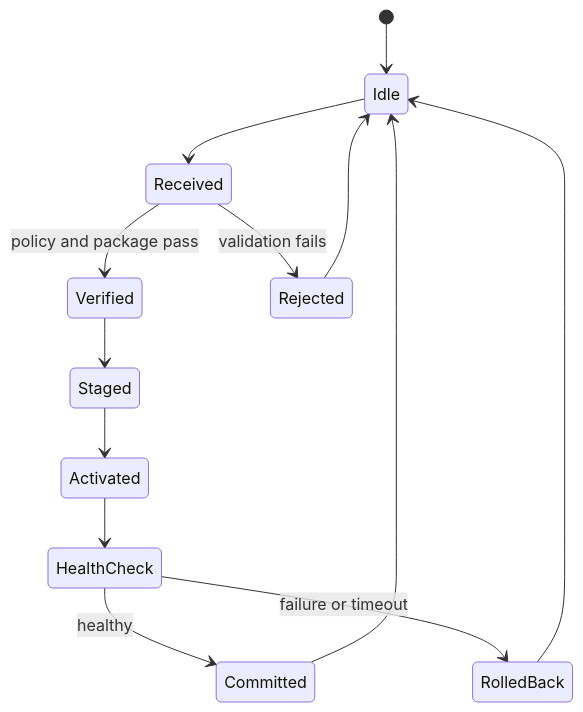
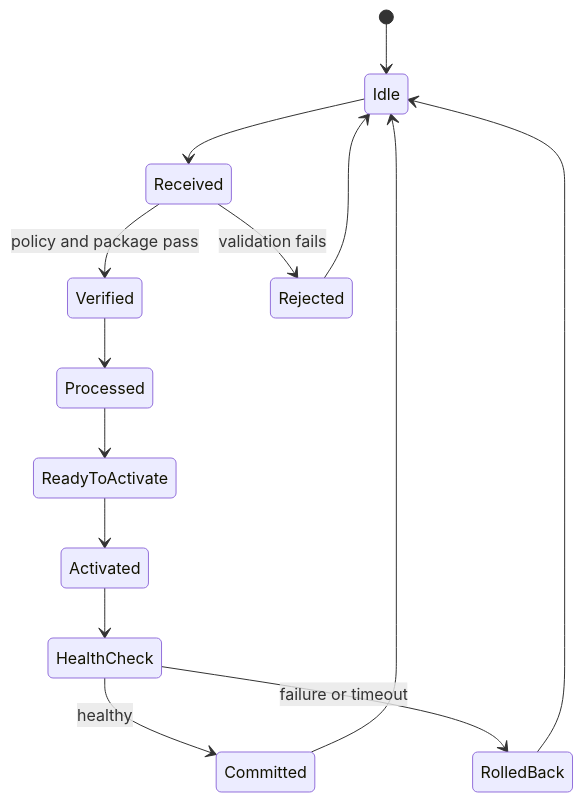
One commit to ThePo1es/adaptive-vehicle-platform-lab changed the diagram in projects/04-secure-update-manager/README.md. Above: the diagram before and after it, drawn with Mermaid. The commit also changed other lines of this file and 75 other files, not shown here.

````diff
--- a/projects/04-secure-update-manager/README.md
+++ b/projects/04-secure-update-manager/README.md
@@ -17,15 +17,16 @@
 ```mermaid
 stateDiagram-v2
     [*] --> Idle
     Idle --> Received
     Received --> Verified: policy and package pass
     Received --> Rejected: validation fails
-    Verified --> Staged
-    Staged --> Activated
+    Verified --> Processed
+    Processed --> ReadyToActivate
+    ReadyToActivate --> Activated
     Activated --> HealthCheck
     HealthCheck --> Committed: healthy
     HealthCheck --> RolledBack: failure or timeout
     Rejected --> Idle
     Committed --> Idle
     RolledBack --> Idle
 ```
````
